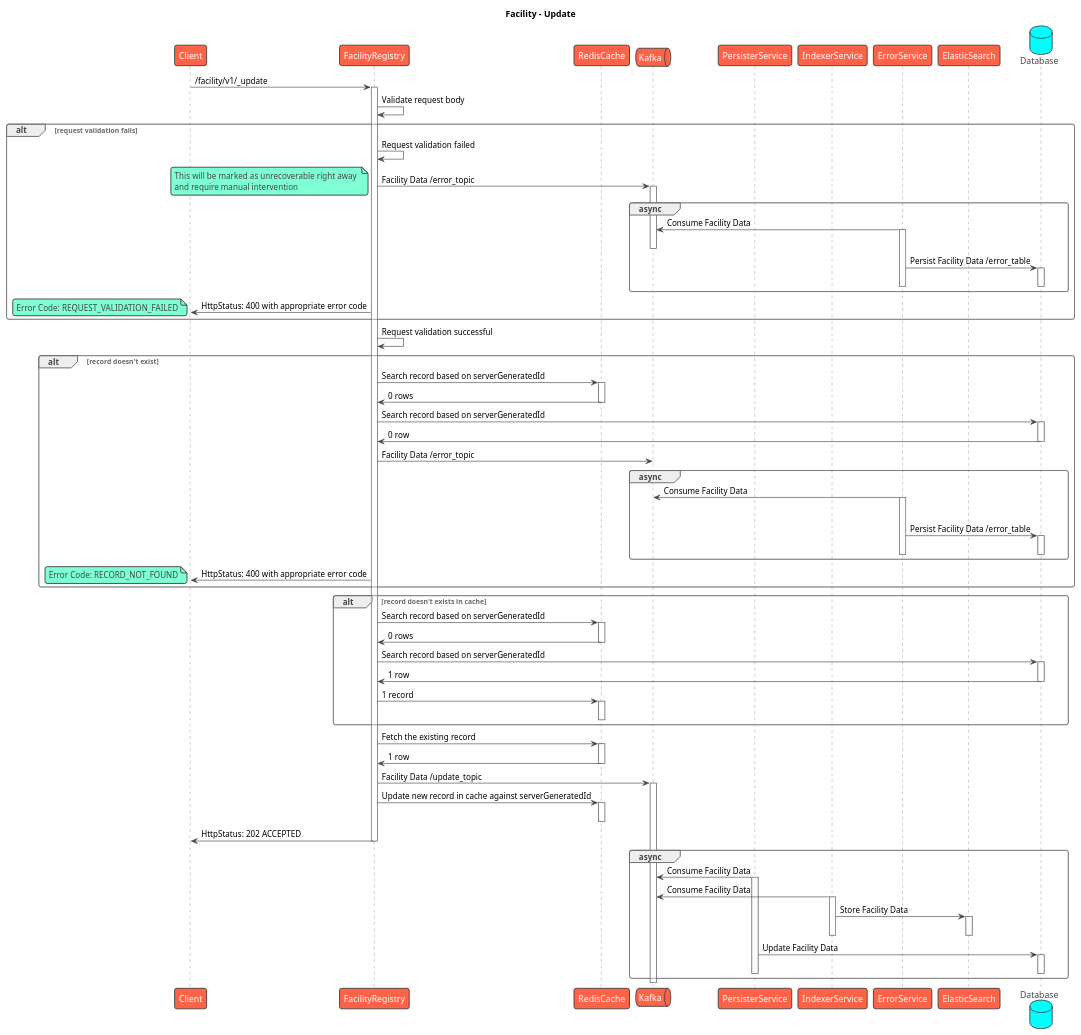
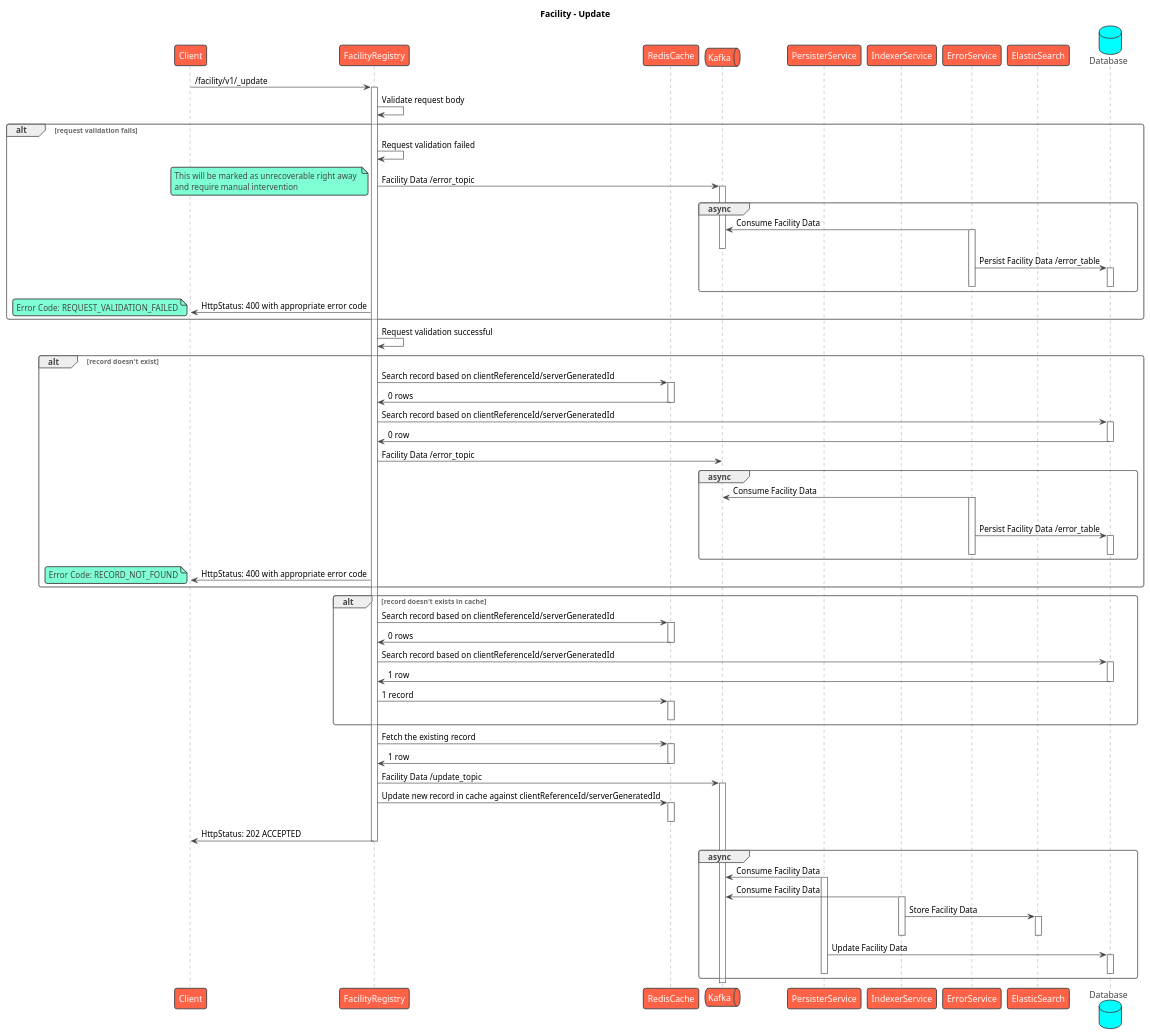
One commit to egovernments/health-api-specs changed the diagram in contracts/project/facility/sequence/update.puml. Above: the diagram before and after it, drawn with PlantUML. The commit also changed 15 other files, not shown here.

First line of the commit message:
Sequence: /project/v1/_search and /project/v1/_update

```diff
--- a/contracts/project/facility/sequence/update.puml
+++ b/contracts/project/facility/sequence/update.puml
@@ -1,102 +1,102 @@
 @startuml
 title Facility - Update
 !theme vibrant
 participant Client as c
 participant FacilityRegistry as s
 participant RedisCache as rc
 queue Kafka as k
 participant PersisterService as prs
 participant IndexerService as idx
 participant ErrorService as es
 participant ElasticSearch as el
 database Database as db
 c -> s : /facility/v1/_update
 activate s
 s -> s: Validate request body
 alt request validation fails
     s -> s: Request validation failed
     s -> k: Facility Data /error_topic
     note left
         This will be marked as unrecoverable right away 
         and require manual intervention
     end note
     activate k
     group async
         es -> k: Consume Facility Data
         activate es
         deactivate k
         es -> db: Persist Facility Data /error_table
         activate db
         deactivate db
         deactivate es
     end
     s -> c: HttpStatus: 400 with appropriate error code
     note left
       Error Code: REQUEST_VALIDATION_FAILED
     end note
 end
 s -> s: Request validation successful
 alt record doesn't exist
-    s -> rc: Search record based on serverGeneratedId
+    s -> rc: Search record based on clientReferenceId/serverGeneratedId
     activate rc
     rc -> s: 0 rows
     deactivate rc
-    s -> db: Search record based on serverGeneratedId
+    s -> db: Search record based on clientReferenceId/serverGeneratedId
     activate db
     db -> s: 0 row
     deactivate db
     s -> k: Facility Data /error_topic
     group async
         es -> k: Consume Facility Data
         activate es
         deactivate k
         es -> db: Persist Facility Data /error_table
         activate db
         deactivate db
         deactivate es
     end
     s -> c: HttpStatus: 400 with appropriate error code
     note left
       Error Code: RECORD_NOT_FOUND
     end note
 end
 alt record doesn't exists in cache
-    s -> rc: Search record based on serverGeneratedId
+    s -> rc: Search record based on clientReferenceId/serverGeneratedId
     activate rc
     rc -> s: 0 rows
     deactivate rc
-    s -> db: Search record based on serverGeneratedId
+    s -> db: Search record based on clientReferenceId/serverGeneratedId
     activate db
     db -> s: 1 row
     deactivate db
     s -> rc: 1 record
     activate rc
     deactivate rc
 end
 s -> rc: Fetch the existing record
 activate rc
 rc -> s: 1 row
 deactivate rc
 s -> k: Facility Data /update_topic
 activate k
-s -> rc: Update new record in cache against serverGeneratedId
+s -> rc: Update new record in cache against clientReferenceId/serverGeneratedId
 activate rc
 deactivate rc
 s -> c: HttpStatus: 202 ACCEPTED
 deactivate s
 group async
     prs -> k: Consume Facility Data
     activate prs
     idx -> k: Consume Facility Data
     activate idx
     idx -> el: Store Facility Data
     activate el
     deactivate el
     deactivate idx
     prs -> db: Update Facility Data
     activate db
     deactivate db
     deactivate prs
 end
 deactivate k
 @enduml
```
